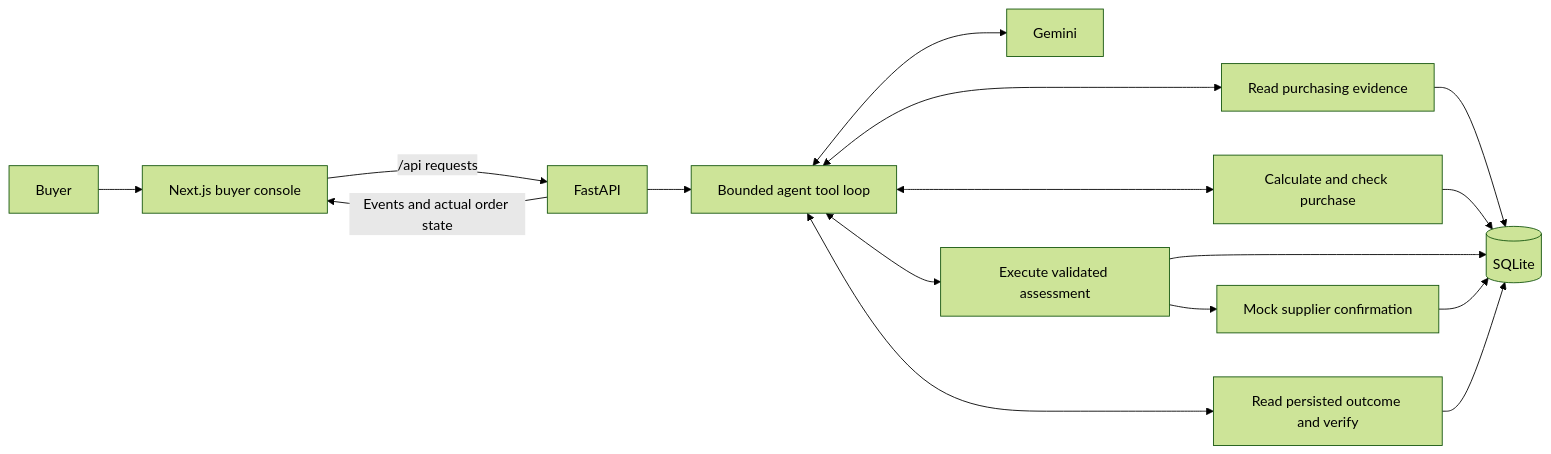
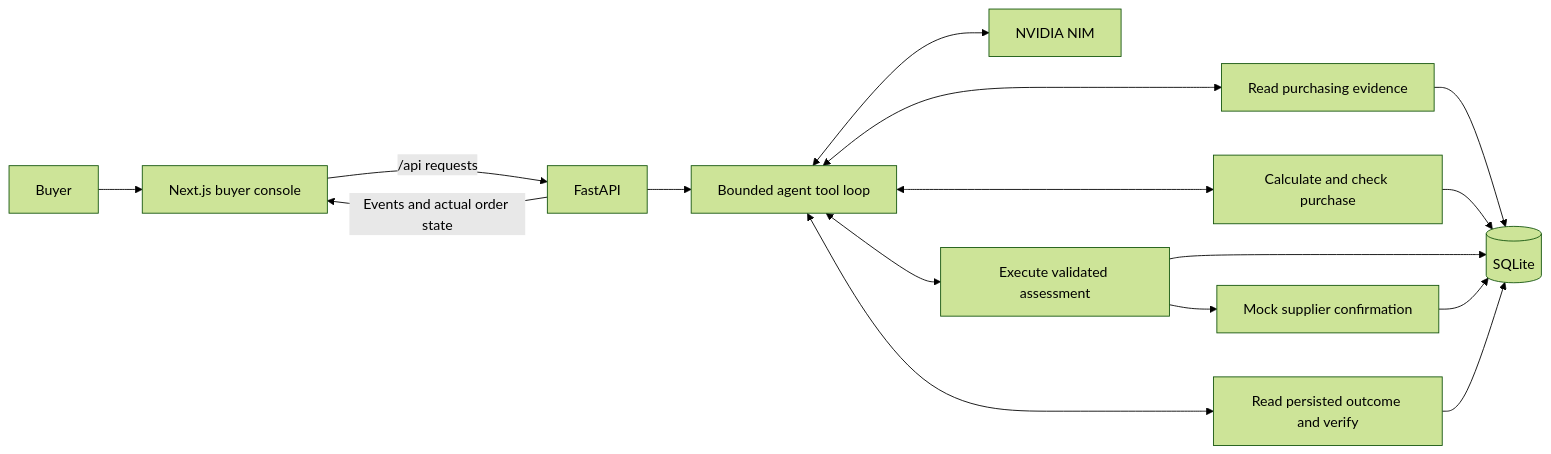
Before and after one commit to vishnud05/rappi-poc: the diagram in README.md, drawn with Mermaid (forest theme). The commit also changed other lines of this file and 9 other files, not shown here.

Commit message:
feat: migrate agent to NVIDIA NIM

````diff
--- a/README.md
+++ b/README.md
@@ -73,18 +73,18 @@
 ```mermaid
 flowchart LR
     Buyer[Buyer] --> UI[Next.js buyer console]
     UI -->|/api requests| API[FastAPI]
     API --> Loop[Bounded agent tool loop]
-    Loop <--> Model[Gemini]
+    Loop <--> Model[NVIDIA NIM]
     Loop <--> Read[Read purchasing evidence]
     Loop <--> Assess[Calculate and check purchase]
     Loop <--> Purchase[Execute validated assessment]
     Read --> DB[(SQLite)]
     Assess --> DB
     Purchase --> DB
     Purchase --> Supplier[Mock supplier confirmation]
     Supplier --> DB
     Loop <--> Verify[Read persisted outcome and verify]
     Verify --> DB
     API -->|Events and actual order state| UI
 ```
````
